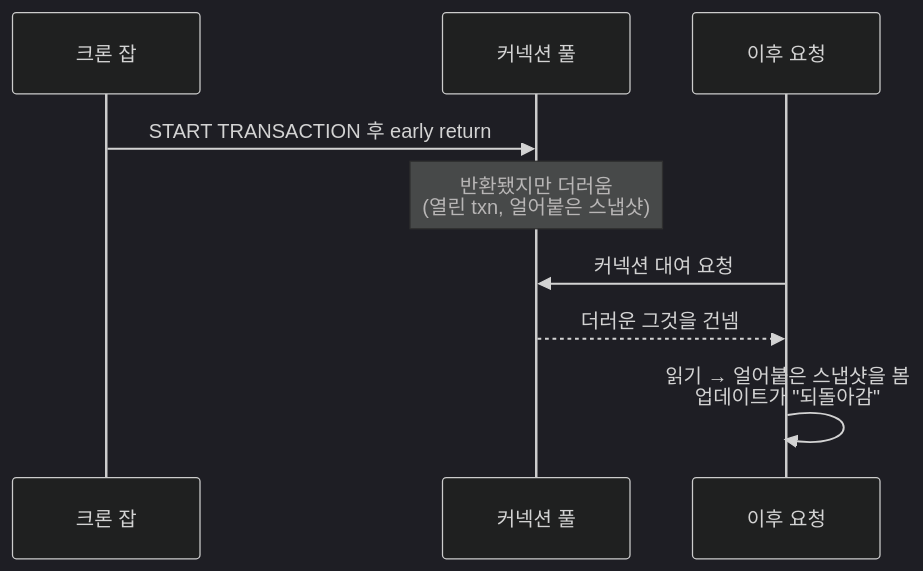
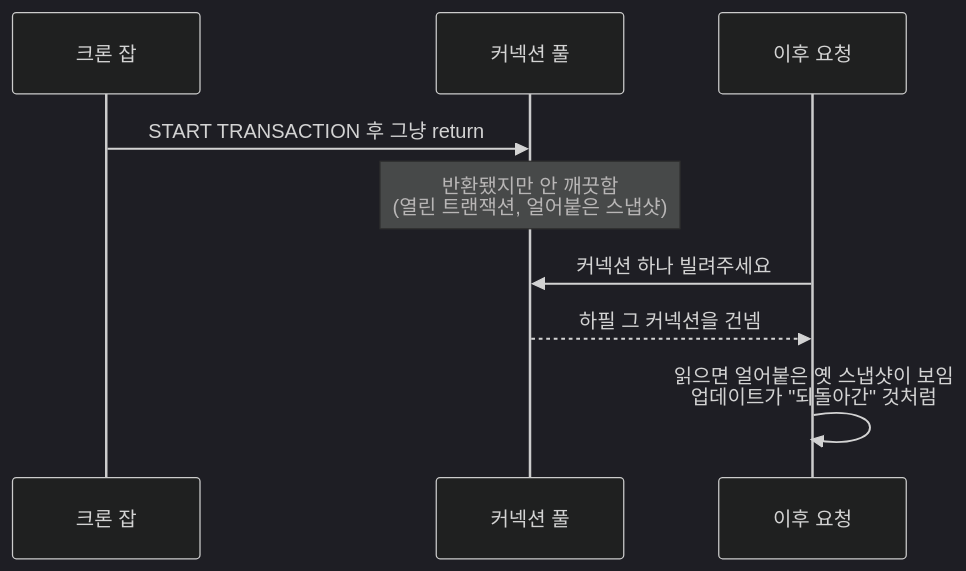
One commit to kukjun/blog changed the diagram in src/content/blog/ko/unclosed-transaction-pool.md. Above: the diagram before and after it, drawn with Mermaid (dark theme). The commit also changed other lines of this file and 1 other file, not shown here.

First line of the commit message:
Rewrite connection-pool post in conversational voice (Toss-style)

````diff
--- a/src/content/blog/ko/unclosed-transaction-pool.md
+++ b/src/content/blog/ko/unclosed-transaction-pool.md
@@ -79,11 +89,11 @@
 ```mermaid
 sequenceDiagram
   participant Cron as 크론 잡
   participant Pool as 커넥션 풀
   participant User as 이후 요청
-  Cron->>Pool: START TRANSACTION 후 early return
-  Note over Pool: 반환됐지만 더러움<br/>(열린 txn, 얼어붙은 스냅샷)
-  User->>Pool: 커넥션 대여 요청
-  Pool-->>User: 더러운 그것을 건넴
-  User->>User: 읽기 → 얼어붙은 스냅샷을 봄<br/>업데이트가 "되돌아감"
+  Cron->>Pool: START TRANSACTION 후 그냥 return
+  Note over Pool: 반환됐지만 안 깨끗함<br/>(열린 트랜잭션, 얼어붙은 스냅샷)
+  User->>Pool: 커넥션 하나 빌려주세요
+  Pool-->>User: 하필 그 커넥션을 건넴
+  User->>User: 읽으면 얼어붙은 옛 스냅샷이 보임<br/>업데이트가 "되돌아간" 것처럼
 ```
````
